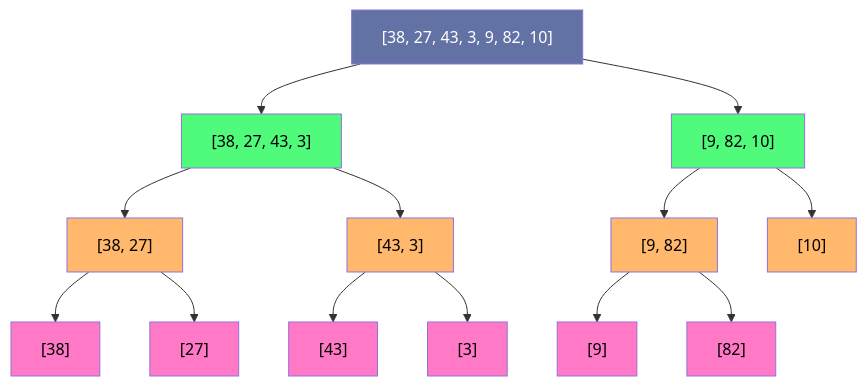
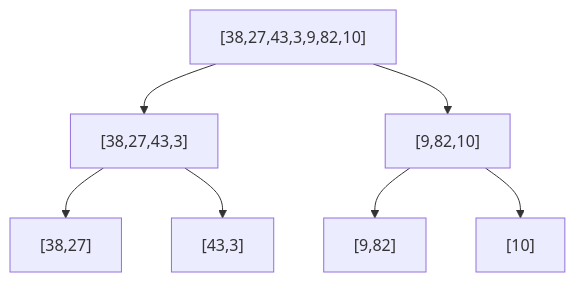
One commit to hpliStartAgain/my-brain changed the first of 2 diagrams in content/数据结构与算法/排序与查找/01 排序算法原理全景：从 O(n²) 到 O(nlogn) 的演进之路.md. Above: the diagram before and after it, drawn with Mermaid. The commit also changed other lines of this file and 72 other files, not shown here.

````diff
--- a/content/数据结构与算法/排序与查找/01 排序算法原理全景：从 O(n²) 到 O(nlogn) 的演进之路.md
+++ b/content/数据结构与算法/排序与查找/01 排序算法原理全景：从 O(n²) 到 O(nlogn) 的演进之路.md
@@ -179,24 +162,10 @@
 ```mermaid
-graph TD
-    A["[38, 27, 43, 3, 9, 82, 10]"] --> B["[38, 27, 43, 3]"]
-    A --> C["[9, 82, 10]"]
-    B --> D["[38, 27]"]
-    B --> E["[43, 3]"]
-    C --> F["[9, 82]"]
+%%{init: {'theme': 'dracula'}}%%
+flowchart TD
+    A["[38,27,43,3,9,82,10]"] --> B["[38,27,43,3]"]
+    A --> C["[9,82,10]"]
+    B --> D["[38,27]"]
+    B --> E["[43,3]"]
+    C --> F["[9,82]"]
     C --> G["[10]"]
-    D --> H["[38]"]
-    D --> I["[27]"]
-    E --> J["[43]"]
-    E --> K["[3]"]
-    F --> L["[9]"]
-    F --> M["[82]"]
-
-    classDef level0 fill:#6272a4,color:#fff
-    classDef level1 fill:#50fa7b,color:#000
-    classDef level2 fill:#ffb86c,color:#000
-    classDef level3 fill:#ff79c6,color:#000
-    class A level0
-    class B,C level1
-    class D,E,F,G level2
-    class H,I,J,K,L,M level3
 ```
````
